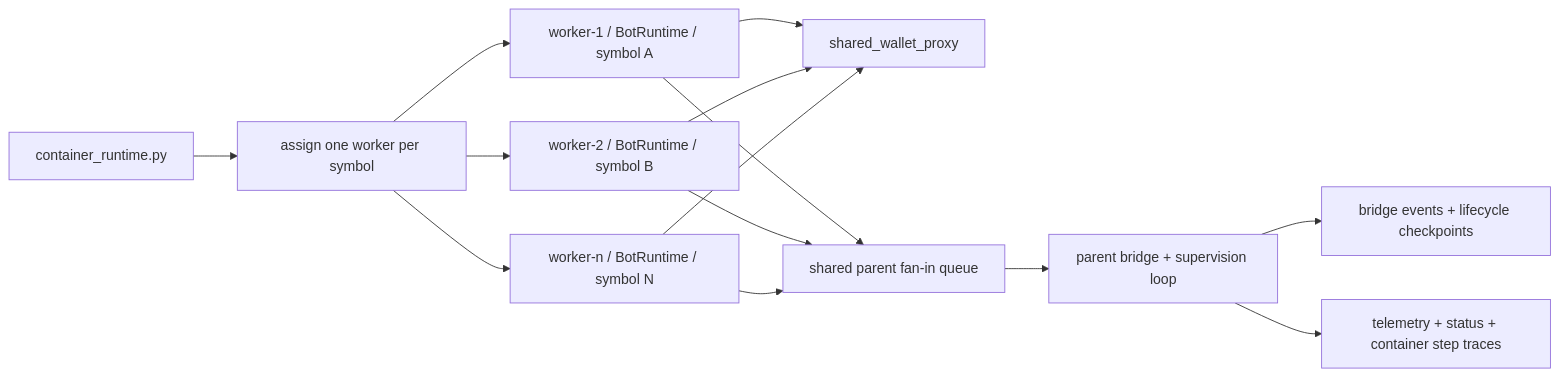
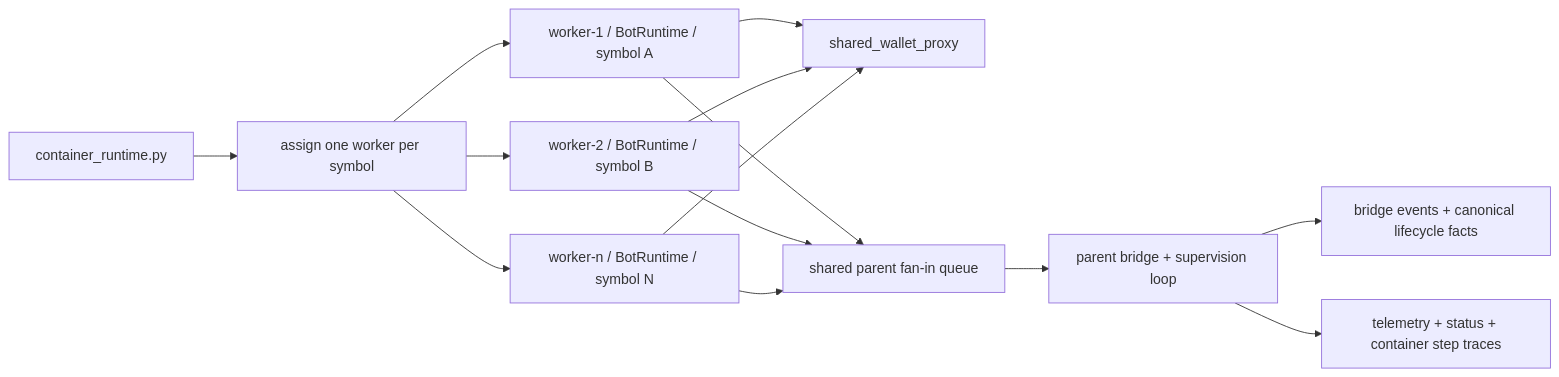
Before and after one commit to elijahbrookss/quant-trad: the diagram in docs/architecture/runtime/BOT_RUNTIME_SYMBOL_SHARDING_ARCHITECTURE.md, drawn with Mermaid. The commit also changed 13 other files, not shown here.

Commit message:
docs(botlens): refresh runtime storage and reporting architecture docs

````diff
--- a/docs/architecture/runtime/BOT_RUNTIME_SYMBOL_SHARDING_ARCHITECTURE.md
+++ b/docs/architecture/runtime/BOT_RUNTIME_SYMBOL_SHARDING_ARCHITECTURE.md
@@ -43,16 +43,16 @@
 ```mermaid
 flowchart LR
     A[container_runtime.py] --> B[assign one worker per symbol]
     B --> C1[worker-1 / BotRuntime / symbol A]
     B --> C2[worker-2 / BotRuntime / symbol B]
     B --> C3[worker-n / BotRuntime / symbol N]
     C1 --> D[shared_wallet_proxy]
     C2 --> D
     C3 --> D
     C1 --> E[shared parent fan-in queue]
     C2 --> E
     C3 --> E
     E --> F[parent bridge + supervision loop]
-    F --> G[bridge events + lifecycle checkpoints]
+    F --> G[bridge events + canonical lifecycle facts]
     F --> H[telemetry + status + container step traces]
 ```
````
